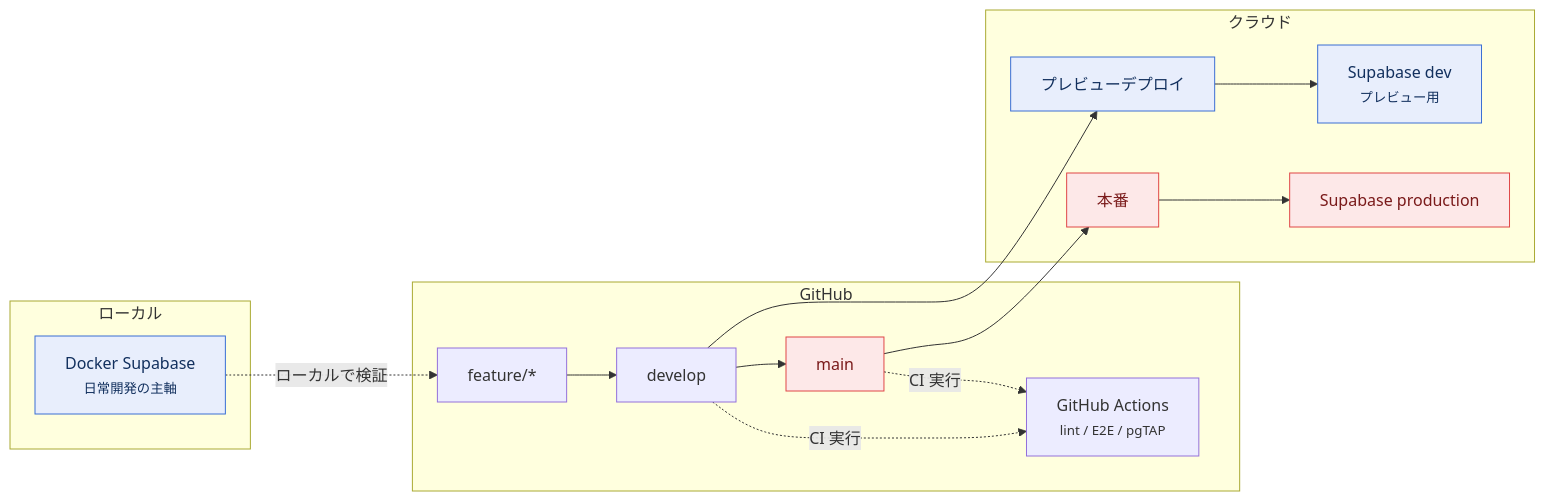
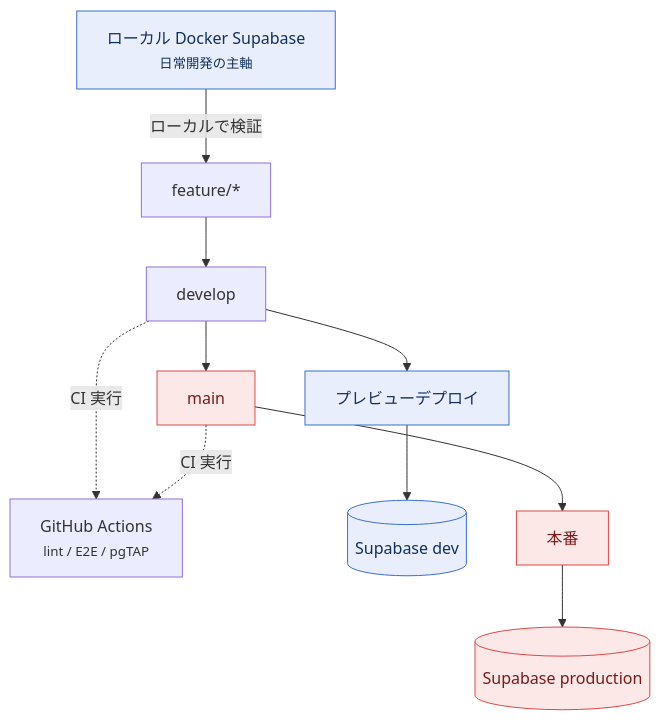
The fourth of 4 diagrams in docs/diagrams.md (tzptzptzptzptzp/ajipita-inside), drawn with Mermaid before and after one commit. The commit also changed other lines of this file, not shown here.

First line of the commit message:
📊 構成図を実ブラウザで検証し、レイアウトを修正

````diff
--- a/docs/diagrams.md
+++ b/docs/diagrams.md
@@ -149,37 +131,29 @@
 ```mermaid
-flowchart LR
-    subgraph local["ローカル"]
-        DOCKER["Docker Supabase<br/><small>日常開発の主軸</small>"]
-    end
+flowchart TB
+    DOCKER["ローカル Docker Supabase<br/><small>日常開発の主軸</small>"]
 
-    subgraph github["GitHub"]
-        FEATURE["feature/*"]
-        DEVELOP["develop"]
-        MAIN["main"]
-        CI["GitHub Actions<br/><small>lint / E2E / pgTAP</small>"]
-    end
+    FEATURE["feature/*"]
+    DEVELOP["develop"]
+    MAIN["main"]
+    CI["GitHub Actions<br/><small>lint / E2E / pgTAP</small>"]
 
-    subgraph cloud["クラウド"]
-        DEV_SB["Supabase dev<br/><small>プレビュー用</small>"]
-        PROD_SB["Supabase production"]
-        PREVIEW["プレビューデプロイ"]
-        PROD["本番"]
-    end
+    PREVIEW["プレビューデプロイ"]
+    DEV_SB[("Supabase dev")]
+    PROD["本番"]
+    PROD_SB[("Supabase production")]
 
-    DOCKER -.->|"ローカルで検証"| FEATURE
+    DOCKER -->|"ローカルで検証"| FEATURE
     FEATURE --> DEVELOP
     DEVELOP --> MAIN
 
     DEVELOP -.->|"CI 実行"| CI
     MAIN -.->|"CI 実行"| CI
 
-    DEVELOP --> PREVIEW
-    PREVIEW --> DEV_SB
-    MAIN --> PROD
-    PROD --> PROD_SB
+    DEVELOP --> PREVIEW --> DEV_SB
+    MAIN --> PROD --> PROD_SB
 
-    classDef env fill:#e8eefc,stroke:#3b6fd4,color:#12305e
+    classDef local fill:#e8eefc,stroke:#3b6fd4,color:#12305e
     classDef prod fill:#fde8e8,stroke:#e04747,color:#7a1a1a
-    class DOCKER,DEV_SB,PREVIEW env
+    class DOCKER,PREVIEW,DEV_SB local
     class MAIN,PROD,PROD_SB prod
 ```
````
